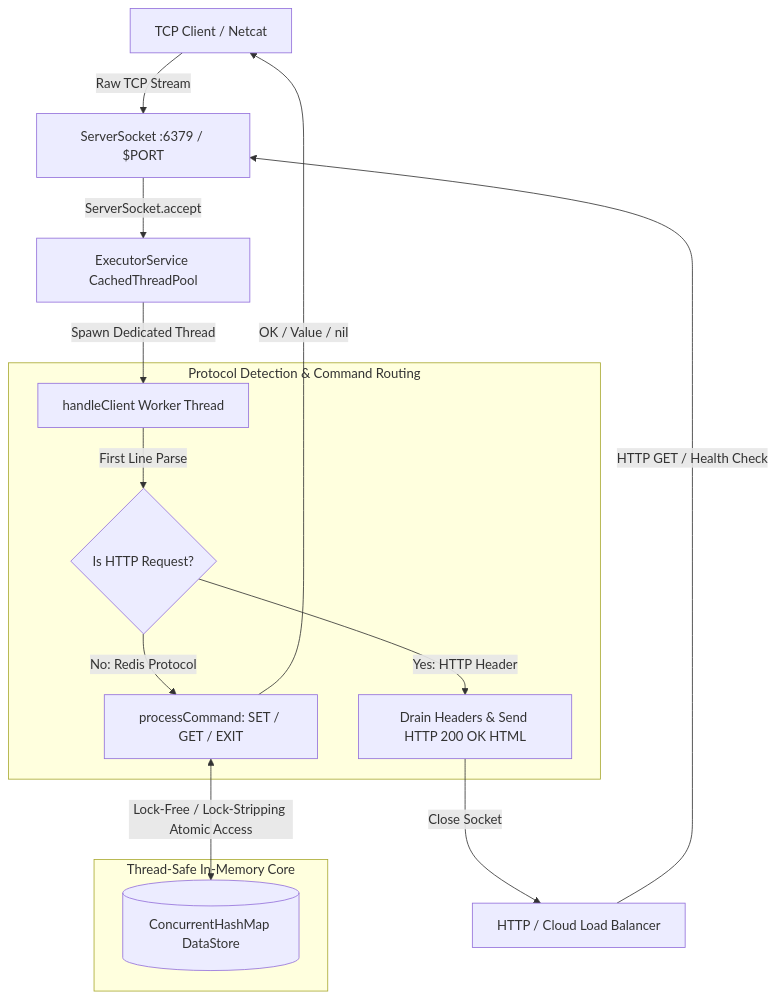
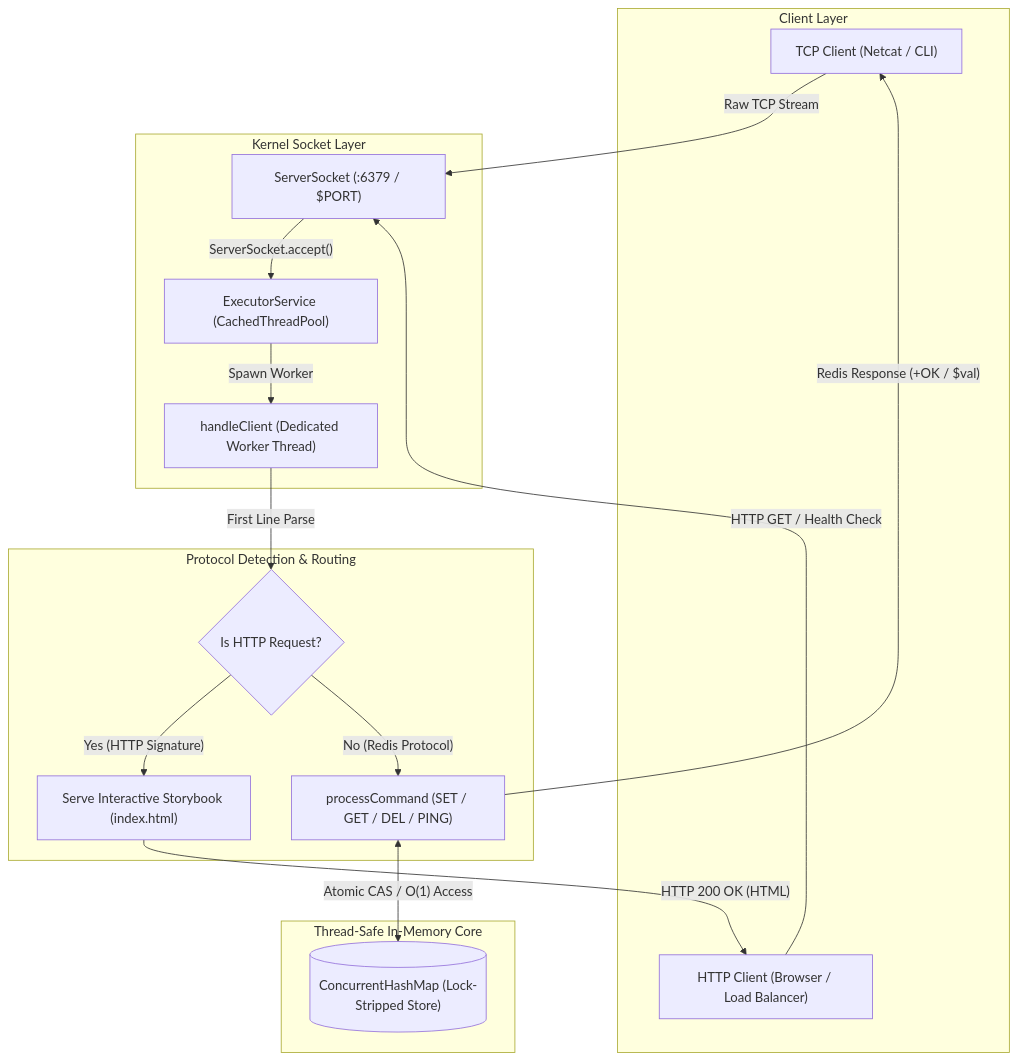
One commit to anshullakra007/ai-intergration-in-miniredis changed the diagram in README.md. Above: the diagram before and after it, drawn with Mermaid. The commit also changed other lines of this file, not shown here.

Commit message:
docs: make live server links clickable and improve mermaid architecture diagram syntax and layout

````diff
--- a/README.md
+++ b/README.md
@@ -17,22 +17,38 @@
 ```mermaid
-graph TD
-    TCP_Client[TCP Client / Netcat] -->|Raw TCP Stream| Server[ServerSocket :6379 / $PORT]
-    HTTP_Client[HTTP / Cloud Load Balancer] -->|HTTP GET / Health Check| Server
-
-    Server -->|ServerSocket.accept| Pool[ExecutorService CachedThreadPool]
-    Pool -->|Spawn Dedicated Thread| Handler[handleClient Worker Thread]
-
-    subgraph "Protocol Detection & Command Routing"
-        Handler -->|First Line Parse| Check{Is HTTP Request?}
-        
-        Check -->|Yes: HTTP Header| HTTP_Res[Drain Headers & Send HTTP 200 OK HTML]
-        Check -->|No: Redis Protocol| Redis_Cmd[processCommand: SET / GET / EXIT]
+flowchart TB
+    subgraph Clients ["Client Layer"]
+        TCP_Client["TCP Client (Netcat / CLI)"]
+        HTTP_Client["HTTP Client (Browser / Load Balancer)"]
     end
 
-    subgraph "Thread-Safe In-Memory Core"
-        Redis_Cmd <-->|Lock-Free / Lock-Stripping Atomic Access| Store[(ConcurrentHashMap DataStore)]
+    subgraph Network ["Kernel Socket Layer"]
+        Server["ServerSocket (:6379 / $PORT)"]
+        Pool["ExecutorService (CachedThreadPool)"]
+        Handler["handleClient (Dedicated Worker Thread)"]
     end
 
-    HTTP_Res -->|Close Socket| HTTP_Client
-    Redis_Cmd -->|OK / Value / nil| TCP_Client
+    subgraph Router ["Protocol Detection & Routing"]
+        Check{"Is HTTP Request?"}
+        HTTP_Res["Serve Interactive Storybook (index.html)"]
+        Redis_Cmd["processCommand (SET / GET / DEL / PING)"]
+    end
+
+    subgraph Storage ["Thread-Safe In-Memory Core"]
+        Store[("ConcurrentHashMap (Lock-Stripped Store)")]
+    end
+
+    TCP_Client -->|"Raw TCP Stream"| Server
+    HTTP_Client -->|"HTTP GET / Health Check"| Server
+
+    Server -->|"ServerSocket.accept()"| Pool
+    Pool -->|"Spawn Worker"| Handler
+    Handler -->|"First Line Parse"| Check
+
+    Check -->|"Yes (HTTP Signature)"| HTTP_Res
+    Check -->|"No (Redis Protocol)"| Redis_Cmd
+
+    Redis_Cmd <-->|"Atomic CAS / O(1) Access"| Store
+
+    HTTP_Res -->|"HTTP 200 OK (HTML)"| HTTP_Client
+    Redis_Cmd -->|"Redis Response (+OK / $val)"| TCP_Client
 ```
````
